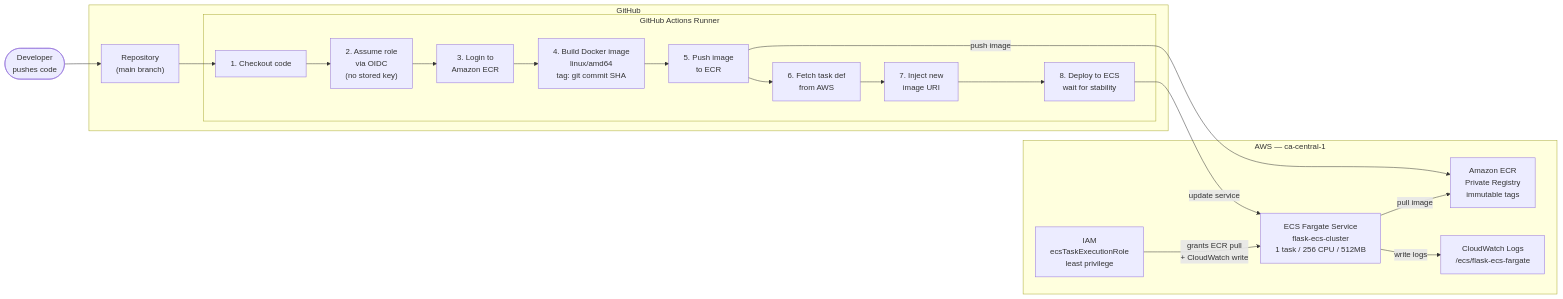
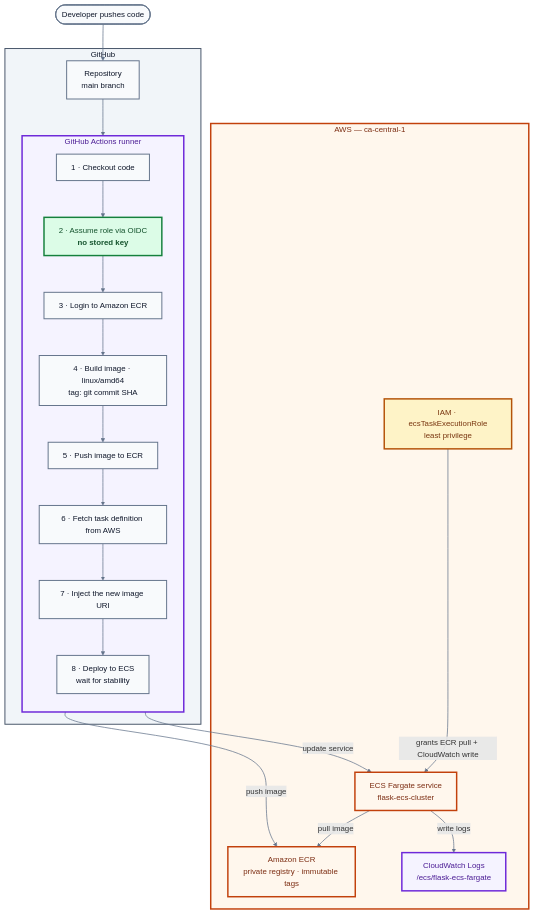
One commit to sadvi11/flask-ecs-fargate-cicd changed the first of 2 diagrams in diagrams/ARCHITECTURE.md. Above: the diagram before and after it, drawn with Mermaid. The commit also changed other lines of this file, not shown here.

Commit message:
docs: make the architecture diagram readable on a phone and in both themes
Verified by rendering with mermaid-cli 11 in the light and dark themes, not
by eye.

Direction: long left-to-right chains render as hairlines on a narrow screen.
Those are now top-down.

Contrast: a node that pins a fill but lets its text colour default is legible
in only one of GitHub's two themes, and an unstyled node inherits whichever
theme the reader has. Every node now sets its own fill and text colour, edges
are pinned too, and subgraph labels take an explicit colour - white-on-pale
subgraph titles were invisible in dark mode.

````diff
--- a/diagrams/ARCHITECTURE.md
+++ b/diagrams/ARCHITECTURE.md
@@ -16,40 +16,48 @@
 ```mermaid
-flowchart LR
-  Dev(["Developer\npushes code"])
+flowchart TD
+  Dev(["Developer pushes code"])
 
-  subgraph GitHub ["GitHub"]
-    Repo["Repository\n(main branch)"]
-    subgraph Actions ["GitHub Actions Runner"]
-      Step1["1. Checkout code"]
-      Step2["2. Assume role\nvia OIDC\n(no stored key)"]
-      Step3["3. Login to\nAmazon ECR"]
-      Step4["4. Build Docker image\nlinux/amd64\ntag: git commit SHA"]
-      Step5["5. Push image\nto ECR"]
-      Step6["6. Fetch task def\nfrom AWS"]
-      Step7["7. Inject new\nimage URI"]
-      Step8["8. Deploy to ECS\nwait for stability"]
+  subgraph GitHub["GitHub"]
+    Repo["Repository<br/>main branch"]
+    subgraph Actions["GitHub Actions runner"]
+      direction TB
+      Step1["1 · Checkout code"]
+      Step2["2 · Assume role via OIDC<br/><b>no stored key</b>"]
+      Step3["3 · Login to Amazon ECR"]
+      Step4["4 · Build image · linux/amd64<br/>tag: git commit SHA"]
+      Step5["5 · Push image to ECR"]
+      Step6["6 · Fetch task definition from AWS"]
+      Step7["7 · Inject the new image URI"]
+      Step8["8 · Deploy to ECS<br/>wait for stability"]
+      Step1 --> Step2 --> Step3 --> Step4 --> Step5 --> Step6 --> Step7 --> Step8
     end
   end
 
-  subgraph AWS ["AWS — ca-central-1"]
-    ECR["Amazon ECR\nPrivate Registry\nimmutable tags"]
-    ECS["ECS Fargate Service\nflask-ecs-cluster\n1 task / 256 CPU / 512MB"]
-    CW["CloudWatch Logs\n/ecs/flask-ecs-fargate"]
-    IAM["IAM\necsTaskExecutionRole\nleast privilege"]
+  subgraph AWS["AWS — ca-central-1"]
+    ECR["Amazon ECR<br/>private registry · immutable tags"]
+    ECS["ECS Fargate service<br/>flask-ecs-cluster"]
+    CW["CloudWatch Logs<br/>/ecs/flask-ecs-fargate"]
+    IAM["IAM · ecsTaskExecutionRole<br/>least privilege"]
   end
 
-  Dev --> Repo
-  Repo --> Step1
-  Step1 --> Step2
-  Step2 --> Step3
-  Step3 --> Step4
-  Step4 --> Step5
-  Step5 --> Step6
-  Step6 --> Step7
-  Step7 --> Step8
+  Dev --> Repo --> Step1
   Step5 -->|"push image"| ECR
   Step8 -->|"update service"| ECS
   ECS -->|"pull image"| ECR
   ECS -->|"write logs"| CW
-  IAM -->|"grants ECR pull\n+ CloudWatch write"| ECS
+  IAM -->|"grants ECR pull + CloudWatch write"| ECS
+
+    linkStyle default stroke:#64748b,stroke-width:1.5px
+    classDef default fill:#f8fafc,stroke:#64748b,stroke-width:2px,color:#0f172a
+    classDef aws   fill:#fff7ed,stroke:#c2410c,stroke-width:3px,color:#7c2d12
+    classDef ci    fill:#f5f3ff,stroke:#6d28d9,stroke-width:3px,color:#4c1d95
+    classDef ok    fill:#dcfce7,stroke:#15803d,stroke-width:3px,color:#14532d
+    classDef warn  fill:#fef3c7,stroke:#b45309,stroke-width:3px,color:#78350f
+    class Step2 ok
+    class ECR,ECS aws
+    class CW ci
+    class IAM warn
+    style GitHub fill:#f1f5f9,stroke:#475569,stroke-width:2px,color:#0f172a
+    style Actions fill:#f5f3ff,stroke:#6d28d9,stroke-width:3px,color:#4c1d95
+    style AWS fill:#fff7ed,stroke:#c2410c,stroke-width:3px,color:#7c2d12
 ```
````
